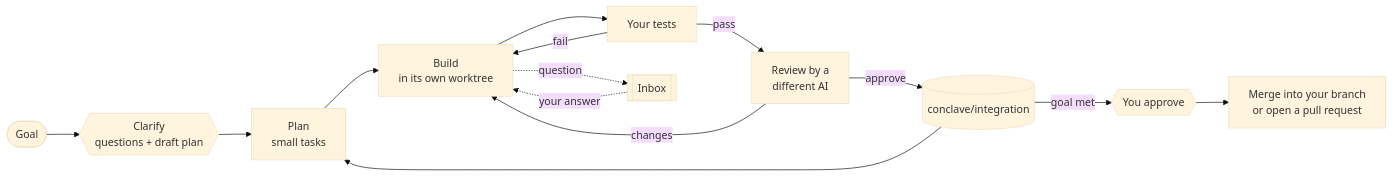
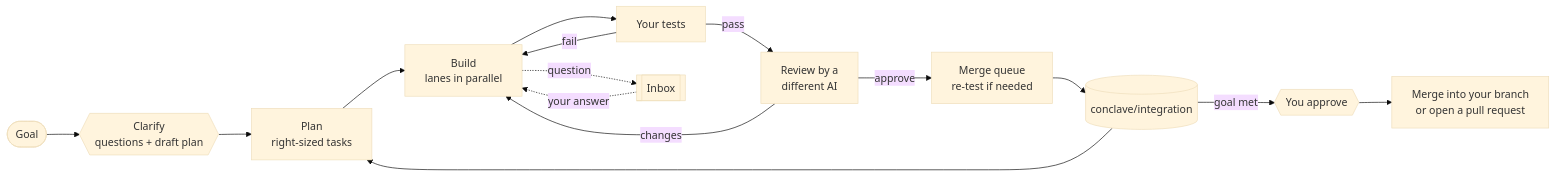
One commit to MarcoWithoutPolo/plenum changed the diagram in README.md. Above: the diagram before and after it, drawn with Mermaid (base theme). The commit also changed other lines of this file and 2 other files, not shown here.

````diff
--- a/README.md
+++ b/README.md
@@ -38,16 +40,17 @@
 ```mermaid
 flowchart LR
   G([Goal]) --> C{{Clarify<br/>questions + draft plan}}
-  C --> P[Plan<br/>small tasks]
-  P --> B[Build<br/>in its own worktree]
+  C --> P[Plan<br/>right-sized tasks]
+  P --> B[Build<br/>lanes in parallel]
   B --> T[Your tests]
   T -->|fail| B
   T -->|pass| R[Review by a<br/>different AI]
   R -->|changes| B
-  R -->|approve| M[(conclave/integration)]
+  R -->|approve| Q[Merge queue<br/>re-test if needed]
+  Q --> M[(conclave/integration)]
   M --> P
   M -->|goal met| A{{You approve}}
   A --> Y[Merge into your branch<br/>or open a pull request]
   B -. question .-> I[[Inbox]]
   I -. your answer .-> B
 ```
````
